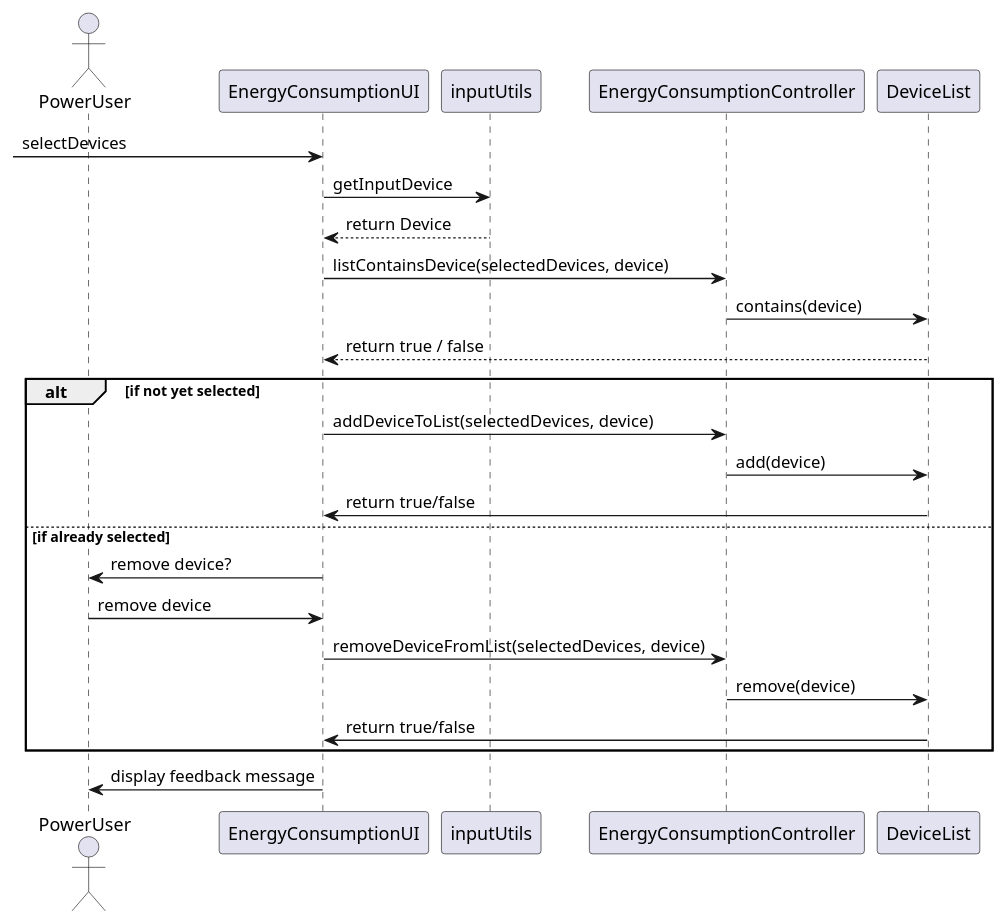
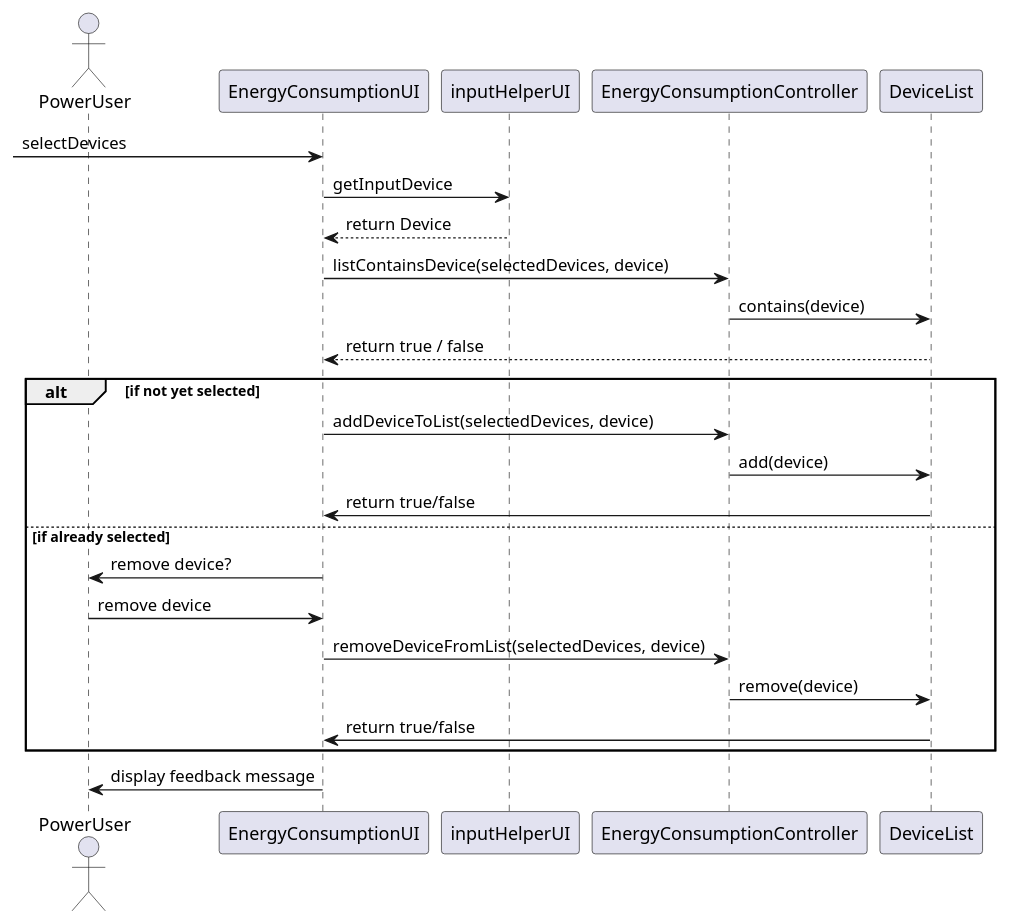
The diagram in src/doc/Controllers/EnergyConsumption/selectDevicesComplete_sd_EnergyConsumption.puml (Almadanmp/project), drawn with PlantUML before and after one commit. The commit also changed 14 other files, not shown here.

```diff
--- a/src/doc/Controllers/EnergyConsumption/selectDevicesComplete_sd_EnergyConsumption.puml
+++ b/src/doc/Controllers/EnergyConsumption/selectDevicesComplete_sd_EnergyConsumption.puml
@@ -1,22 +1,22 @@
 @startuml
 Actor PowerUser
 
 -> EnergyConsumptionUI: selectDevices
-EnergyConsumptionUI -> inputUtils: getInputDevice
-inputUtils --> EnergyConsumptionUI: return Device
+EnergyConsumptionUI -> inputHelperUI: getInputDevice
+inputHelperUI --> EnergyConsumptionUI: return Device
 EnergyConsumptionUI -> EnergyConsumptionController: listContainsDevice(selectedDevices, device)
 EnergyConsumptionController -> DeviceList: contains(device)
 DeviceList --> EnergyConsumptionUI: return true / false
 alt if not yet selected
 EnergyConsumptionUI -> EnergyConsumptionController: addDeviceToList(selectedDevices, device)
 EnergyConsumptionController -> DeviceList: add(device)
 DeviceList -> EnergyConsumptionUI: return true/false
 else if already selected
 EnergyConsumptionUI -> PowerUser: remove device?
 PowerUser -> EnergyConsumptionUI: remove device
 EnergyConsumptionUI -> EnergyConsumptionController: removeDeviceFromList(selectedDevices, device)
 EnergyConsumptionController -> DeviceList: remove(device)
 DeviceList -> EnergyConsumptionUI: return true/false
 end
 EnergyConsumptionUI -> PowerUser: display feedback message
 @enduml
```
